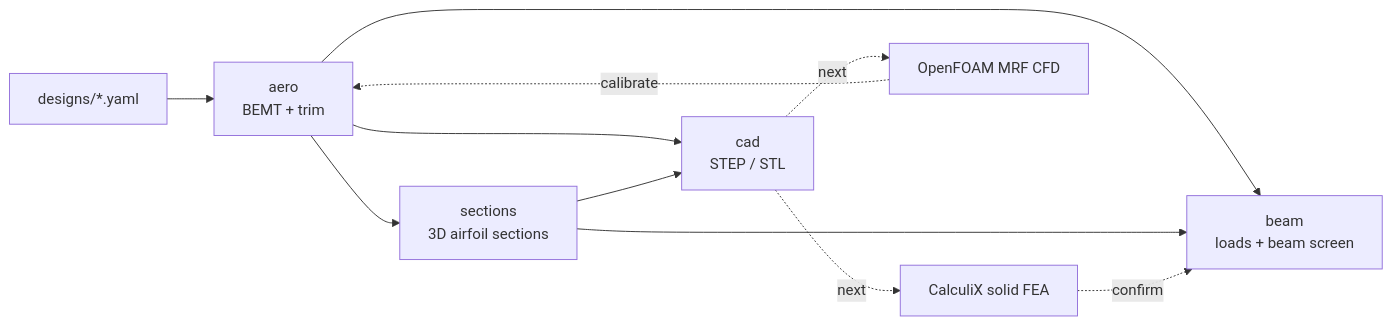
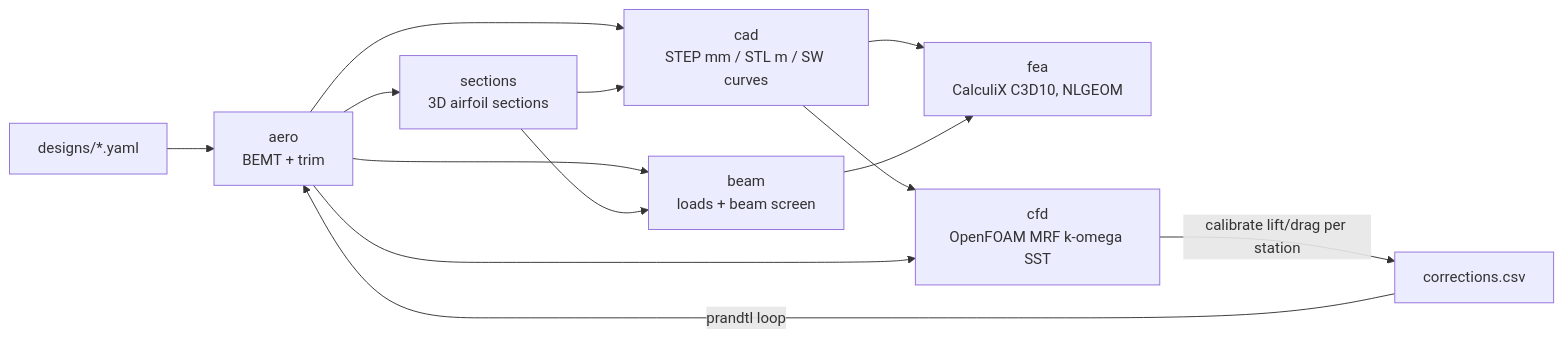
Before and after one commit to zekebuk/Global-Minimum-Torque-Propeller: the diagram in docs/iterative_workflow.md, drawn with Mermaid. The commit also changed other lines of this file and 14 other files, not shown here.

First line of the commit message:
Add OpenFOAM hover CFD stage and CFD-calibrated BEMT loop

````diff
--- a/docs/iterative_workflow.md
+++ b/docs/iterative_workflow.md
@@ -6,13 +7,15 @@
 ```mermaid
 flowchart LR
     D[designs/*.yaml] --> A[aero<br/>BEMT + trim]
     A --> S[sections<br/>3D airfoil sections]
     A --> C
-    S --> C[cad<br/>STEP / STL]
+    S --> C[cad<br/>STEP mm / STL m / SW curves]
     A --> B[beam<br/>loads + beam screen]
     S --> B
-    C -.next.-> X[CalculiX solid FEA]
-    C -.next.-> F[OpenFOAM MRF CFD]
-    F -.calibrate.-> A
-    X -.confirm.-> B
+    C --> X[fea<br/>CalculiX C3D10, NLGEOM]
+    B --> X
+    C --> F[cfd<br/>OpenFOAM MRF k-omega SST]
+    A --> F
+    F -->|calibrate lift/drag per station| K[corrections.csv]
+    K -->|prandtl loop| A
 ```
````
